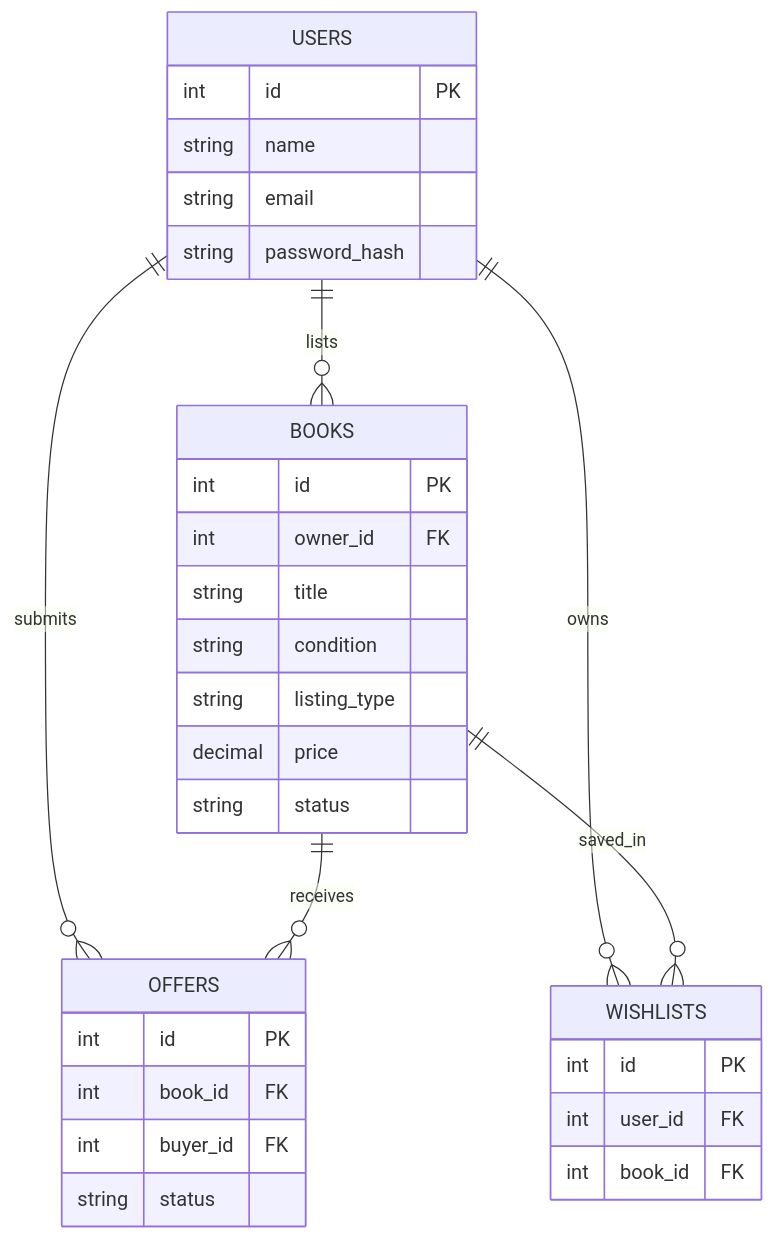
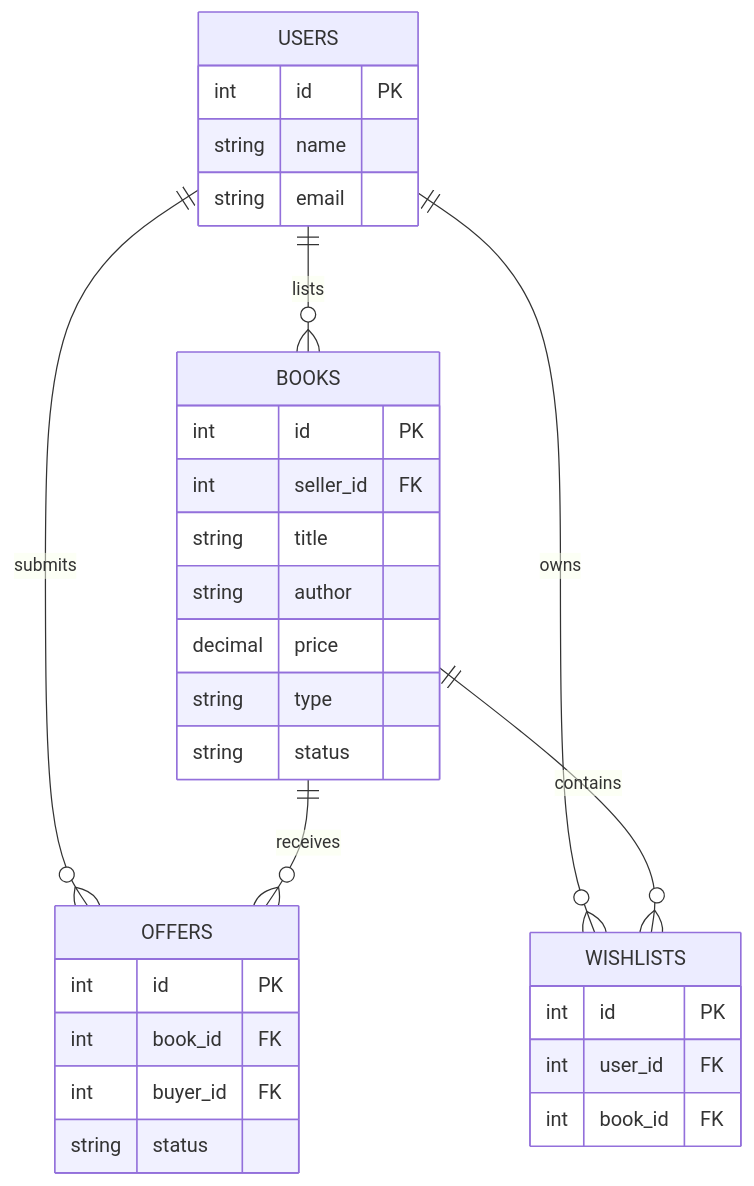
One commit to PrabhakarRavichandran/BookLoop changed the second of 2 diagrams in README.md. Above: the diagram before and after it, drawn with Mermaid. The commit also changed other lines of this file, not shown here.

````diff
--- a/README.md
+++ b/README.md
@@ -766,35 +184,37 @@
-``` mermaid
+```mermaid
 erDiagram
     USERS ||--o{ BOOKS : lists
     USERS ||--o{ OFFERS : submits
     BOOKS ||--o{ OFFERS : receives
     USERS ||--o{ WISHLISTS : owns
-    BOOKS ||--o{ WISHLISTS : saved_in
+    BOOKS ||--o{ WISHLISTS : contains
 
     USERS {
         int id PK
         string name
         string email
-        string password_hash
     }
+
     BOOKS {
         int id PK
-        int owner_id FK
+        int seller_id FK
         string title
-        string condition
-        string listing_type
+        string author
         decimal price
+        string type
         string status
     }
+
     OFFERS {
         int id PK
         int book_id FK
         int buyer_id FK
         string status
     }
+
     WISHLISTS {
         int id PK
         int user_id FK
         int book_id FK
     }
 ```
````
